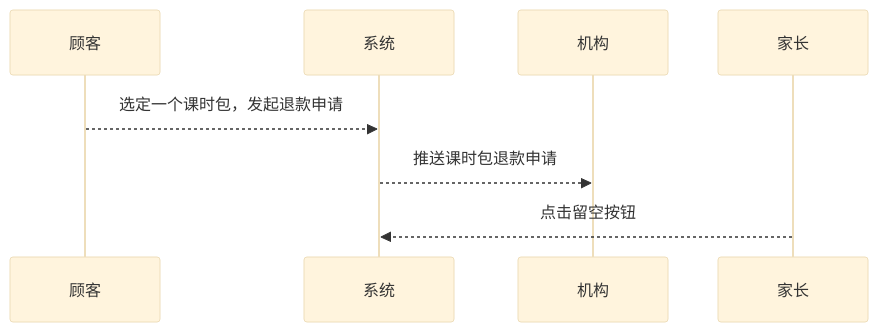
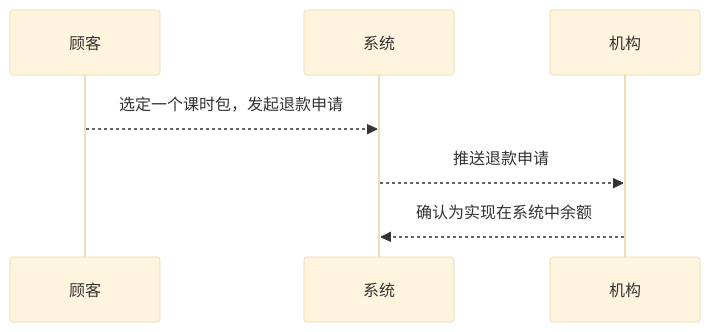
The diagram in 模块/课时包/用例/退课时包.md (world-wide-web/sign), drawn with Mermaid (base theme) before and after one commit. The commit also changed other lines of this file, not shown here.

Commit message:
模块/课时包/用例/退课时包.md updated from https://stackedit.io/

````diff
--- a/模块/课时包/用例/退课时包.md
+++ b/模块/课时包/用例/退课时包.md
@@ -10,9 +10,9 @@
 	```mermaid
 	sequenceDiagram
 
 	顾客-->>系统: 选定一个课时包，发起退款申请
 
-	系统-->>机构: 推送课时包退款申请
+	系统-->>机构: 推送退款申请
 
-	家长-->>系统: 点击留空按钮
+	机构-->>系统: 确认为实现在系统中余额
 	```
````
